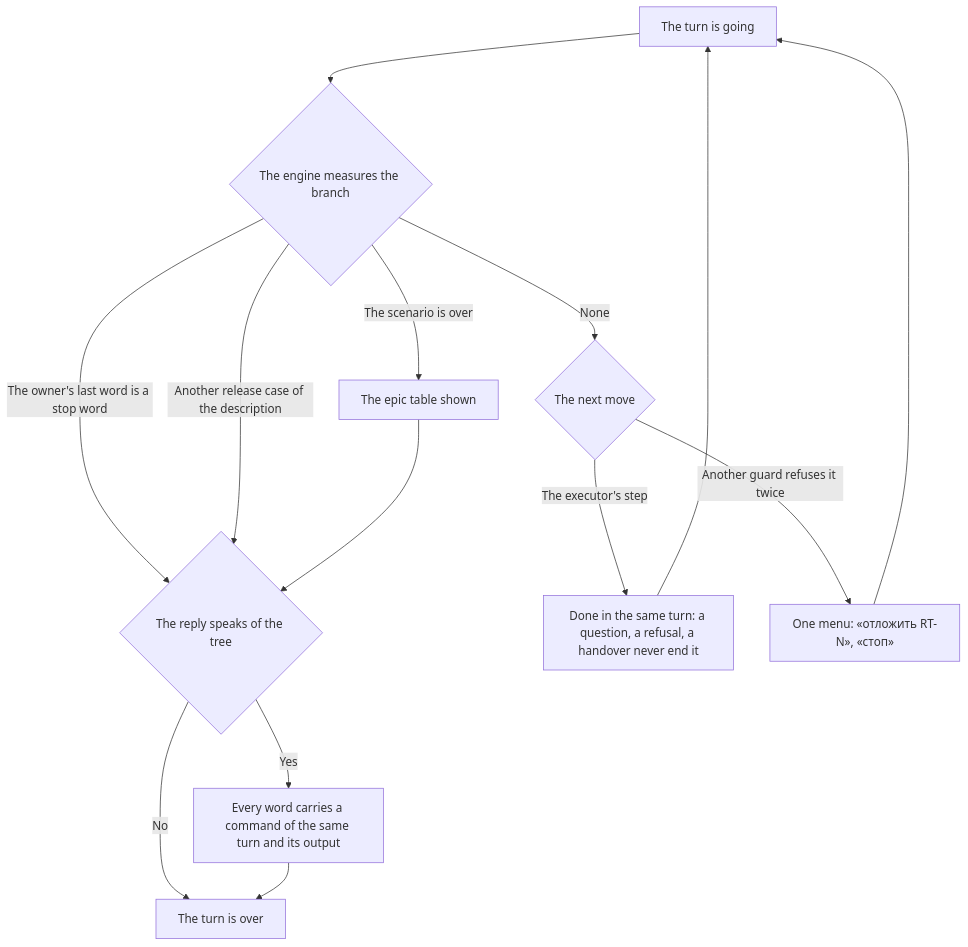
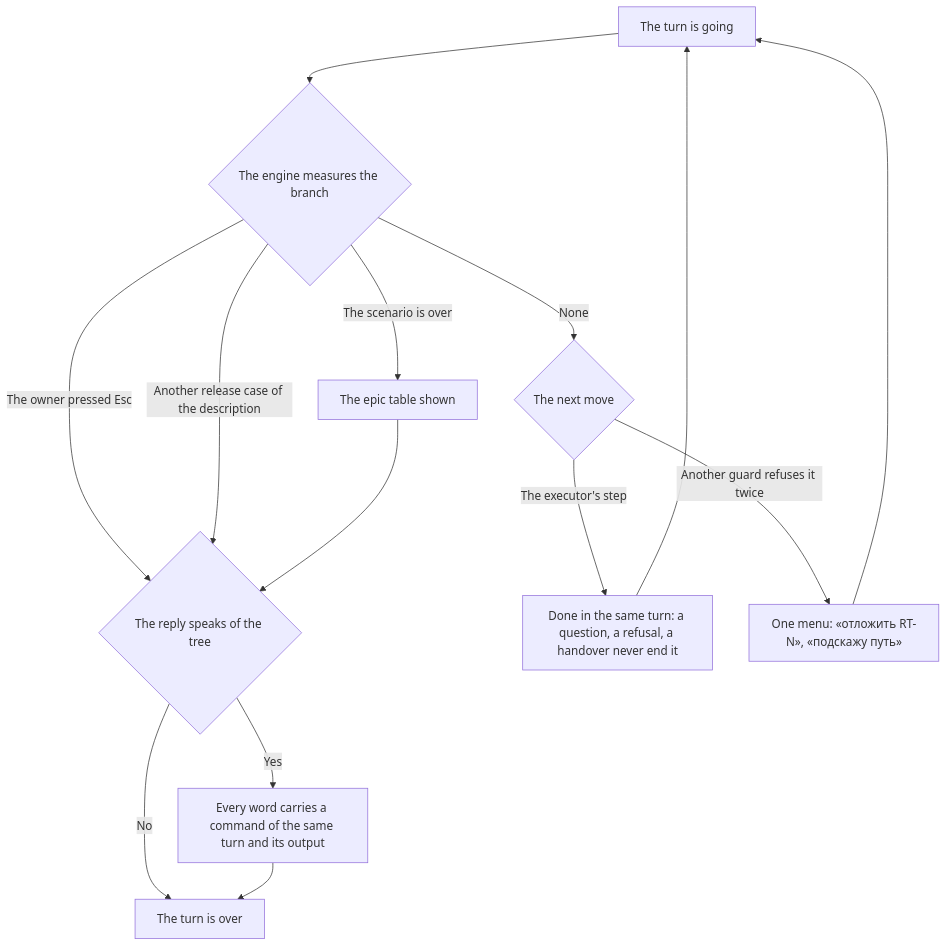
The diagram in .claude/skills/turn-conduct/SKILL.md (Eyhenij/rt-tools), drawn with Mermaid before and after one commit. The commit also changed other lines of this file and 44 other files, not shown here.

````diff
--- a/.claude/skills/turn-conduct/SKILL.md
+++ b/.claude/skills/turn-conduct/SKILL.md
@@ -74,16 +76,16 @@
 ```mermaid
 flowchart TD
     A[The turn is going] --> B{The engine measures the branch}
     B -->|The scenario is over| L[The epic table shown]
-    B -->|The owner's last word is a stop word| I
+    B -->|The owner pressed Esc| I
     B -->|Another release case of the description| I
     B -->|None| D{The next move}
     D -->|The executor's step| G[Done in the same turn: a question, a refusal, a handover never end it]
-    D -->|Another guard refuses it twice| M[One menu: «отложить RT-N», «стоп»]
+    D -->|Another guard refuses it twice| M[One menu: «отложить RT-N», «подскажу путь»]
     M --> A
     G --> A
     L --> I{The reply speaks of the tree}
     I -->|Yes| J[Every word carries a command of the same turn and its output]
     I -->|No| K[The turn is over]
     J --> K
 ```
````
